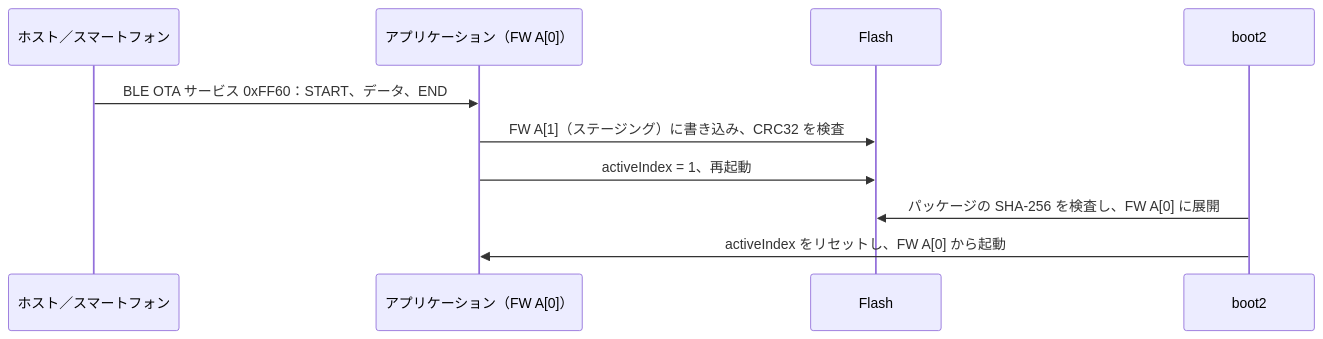
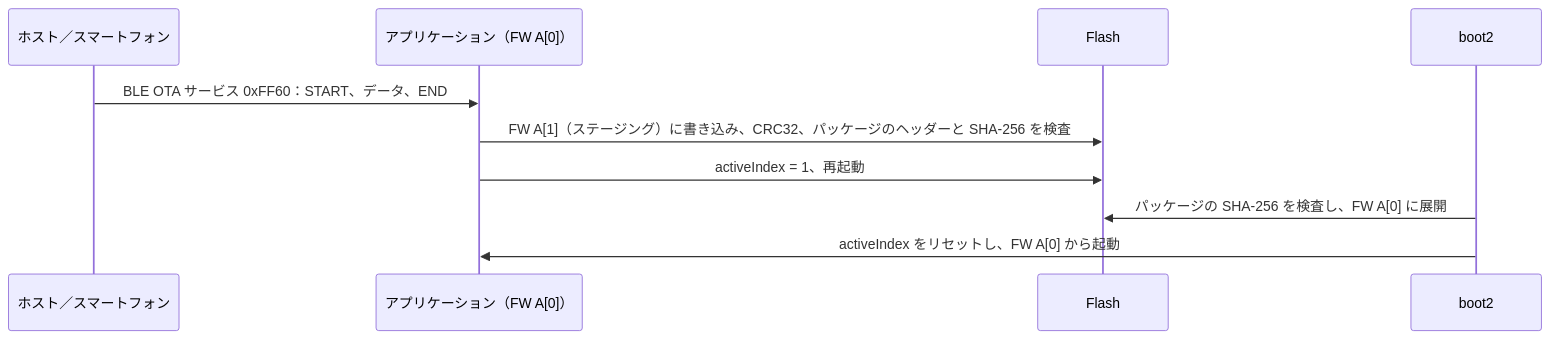
Before and after one commit to INTELPRO-INC/ipro-sdk-docs: the diagram in docs/ja/guides/ota.md, drawn with Mermaid. The commit also changed other lines of this file and 173 other files, not shown here.

````diff
--- a/docs/ja/guides/ota.md
+++ b/docs/ja/guides/ota.md
@@ -21,12 +22,12 @@
 ```mermaid
 sequenceDiagram
   participant H as ホスト／スマートフォン
   participant A as アプリケーション（FW A[0]）
   participant F as Flash
   participant B as boot2
   H->>A: BLE OTA サービス 0xFF60：START、データ、END
-  A->>F: FW A[1]（ステージング）に書き込み、CRC32 を検査
+  A->>F: FW A[1]（ステージング）に書き込み、CRC32、パッケージのヘッダーと SHA-256 を検査
   A->>F: activeIndex = 1、再起動
   B->>F: パッケージの SHA-256 を検査し、FW A[0] に展開
   B->>A: activeIndex をリセットし、FW A[0] から起動
 ```
````
